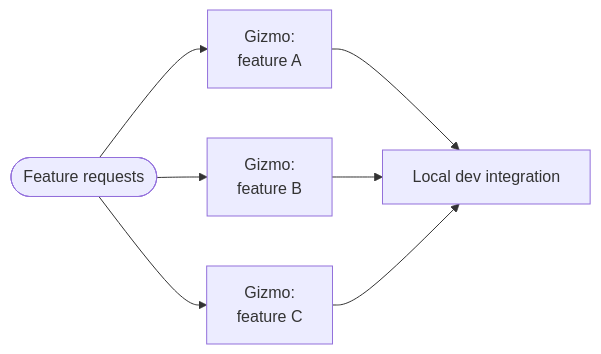
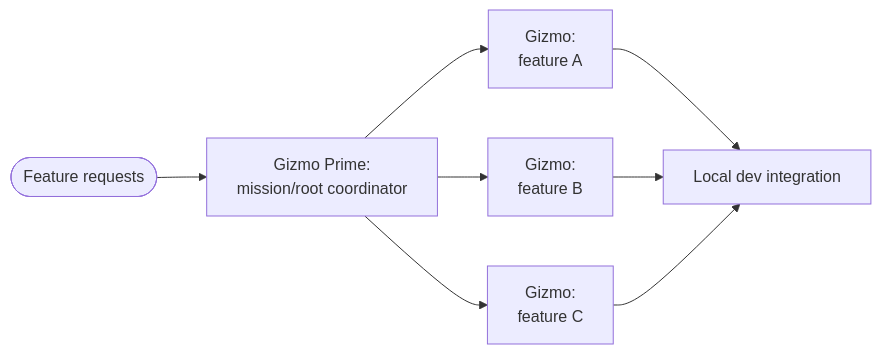
One commit to meta-secret/nook changed the seventh of 12 diagrams in .cortex/gizmo/architecture/multiagent-delivery-diagrams.md. Above: the diagram before and after it, drawn with Mermaid. The commit also changed other lines of this file and 14 other files, not shown here.

````diff
--- a/.cortex/gizmo/architecture/multiagent-delivery-diagrams.md
+++ b/.cortex/gizmo/architecture/multiagent-delivery-diagrams.md
@@ -173,12 +254,14 @@
 ```mermaid
 flowchart LR
+    Prime["Gizmo Prime:<br/>mission/root coordinator"]
     Requests([Feature requests])
     GizmoA["Gizmo:<br/>feature A"]
     GizmoB["Gizmo:<br/>feature B"]
     GizmoC["Gizmo:<br/>feature C"]
     Dev["Local dev integration"]
 
-    Requests --> GizmoA --> Dev
-    Requests --> GizmoB --> Dev
-    Requests --> GizmoC --> Dev
+    Requests --> Prime
+    Prime --> GizmoA --> Dev
+    Prime --> GizmoB --> Dev
+    Prime --> GizmoC --> Dev
 ```
````
